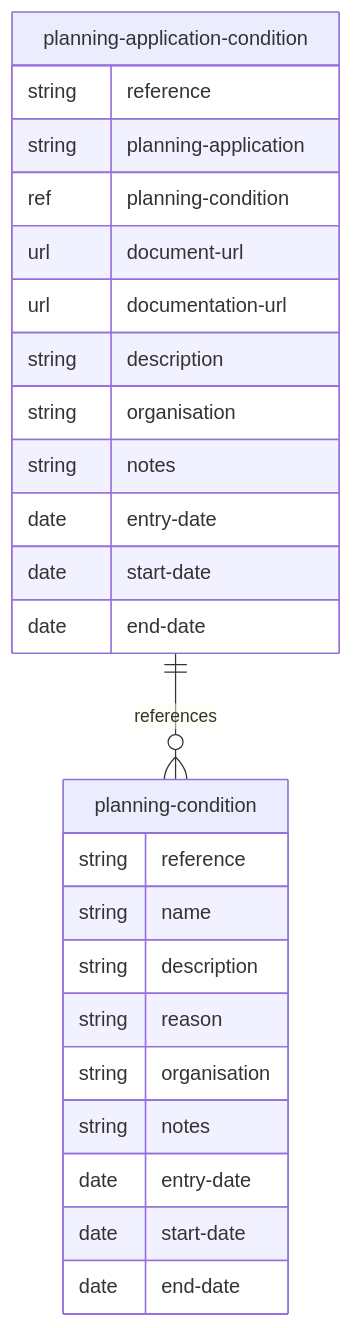
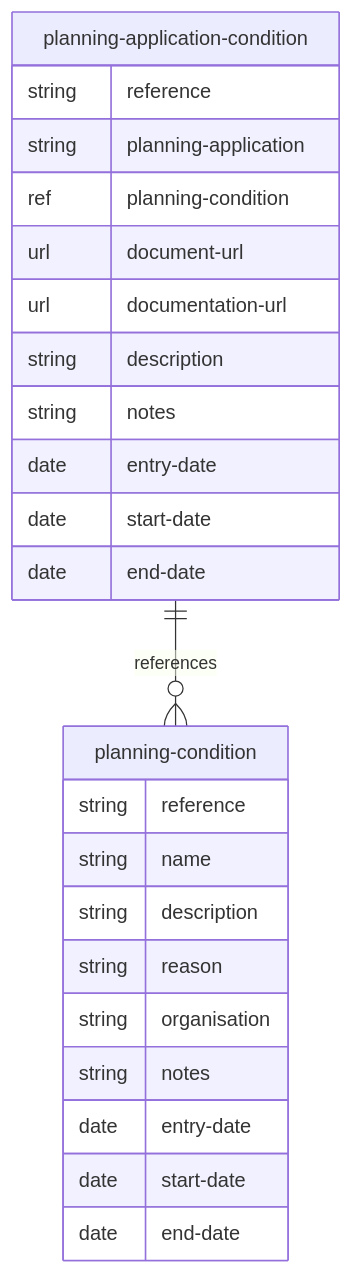
The diagram in docs/mermaid/planning-condition.md (digital-land/specification), drawn with Mermaid before and after one commit. The commit also changed 45 other files, not shown here.

````diff
--- a/docs/mermaid/planning-condition.md
+++ b/docs/mermaid/planning-condition.md
@@ -4,28 +4,27 @@
 ```mermaid
 erDiagram
     planning-condition {
         string reference
         string name
         string description
         string reason
         string organisation
         string notes
         date entry-date
         date start-date
         date end-date
     }
     planning-application-condition {
         string reference
         string planning-application
         ref planning-condition
         url document-url
         url documentation-url
         string description
-        string organisation
         string notes
         date entry-date
         date start-date
         date end-date
     }
     planning-application-condition ||--o{ planning-condition : references
 ```
````
